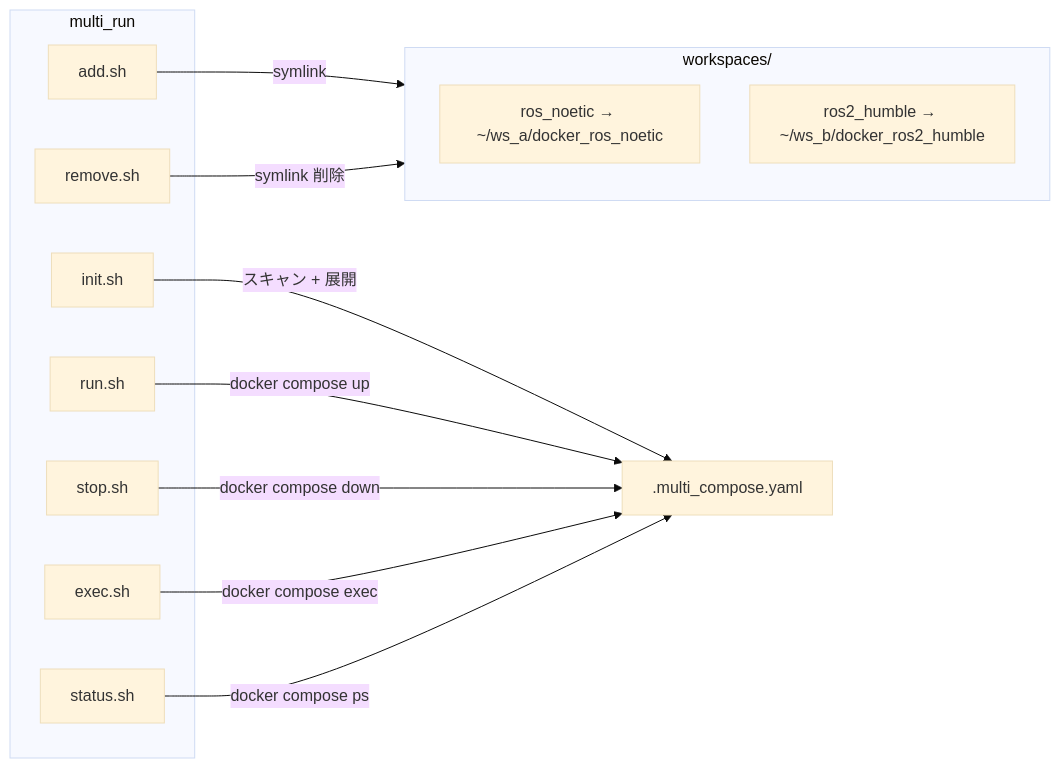
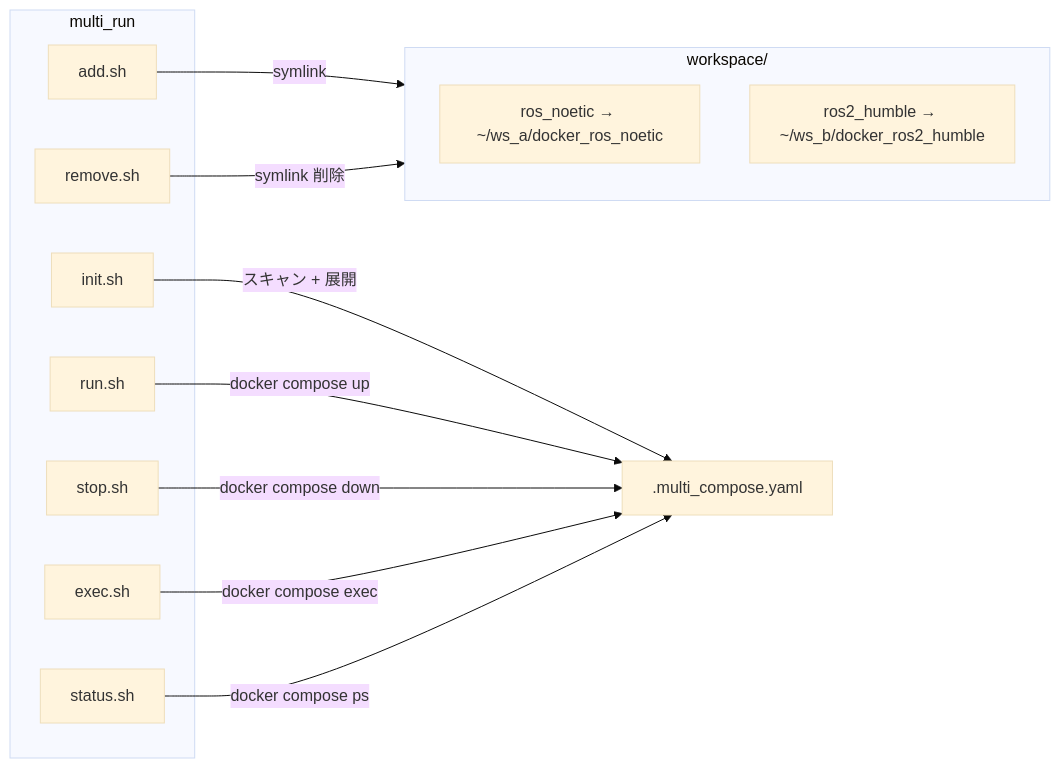
The diagram in doc/readme/README.ja.md (ycpss91255-docker/multi_run), drawn with Mermaid (base theme) before and after one commit. The commit also changed other lines of this file and 19 other files, not shown here.

First line of the commit message:
refactor: rename scripts/ → script/, workspaces/ → workspace/

````diff
--- a/doc/readme/README.ja.md
+++ b/doc/readme/README.ja.md
@@ -34,25 +34,25 @@
 ```mermaid
 flowchart LR
     subgraph multi_run
         add["add.sh"]
         init["init.sh"]
         run["run.sh"]
         stop["stop.sh"]
         exec["exec.sh"]
         status["status.sh"]
         remove["remove.sh"]
     end
 
-    subgraph workspaces["workspaces/"]
+    subgraph workspace["workspace/"]
         ws_a["ros_noetic → ~/ws_a/docker_ros_noetic"]
         ws_b["ros2_humble → ~/ws_b/docker_ros2_humble"]
     end
 
-    add -->|"symlink"| workspaces
+    add -->|"symlink"| workspace
     init -->|"スキャン + 展開"| compose[".multi_compose.yaml"]
     run -->|"docker compose up"| compose
     stop -->|"docker compose down"| compose
     exec -->|"docker compose exec"| compose
     status -->|"docker compose ps"| compose
-    remove -->|"symlink 削除"| workspaces
+    remove -->|"symlink 削除"| workspace
 ```
````
